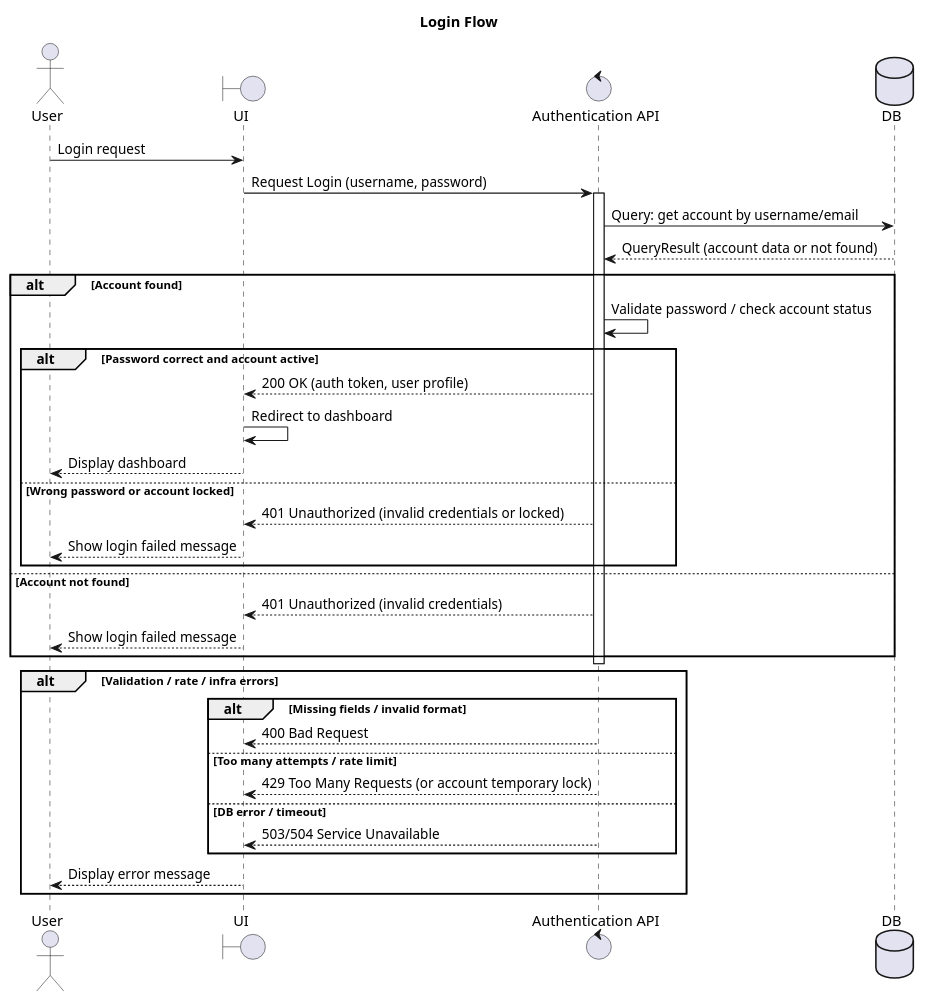
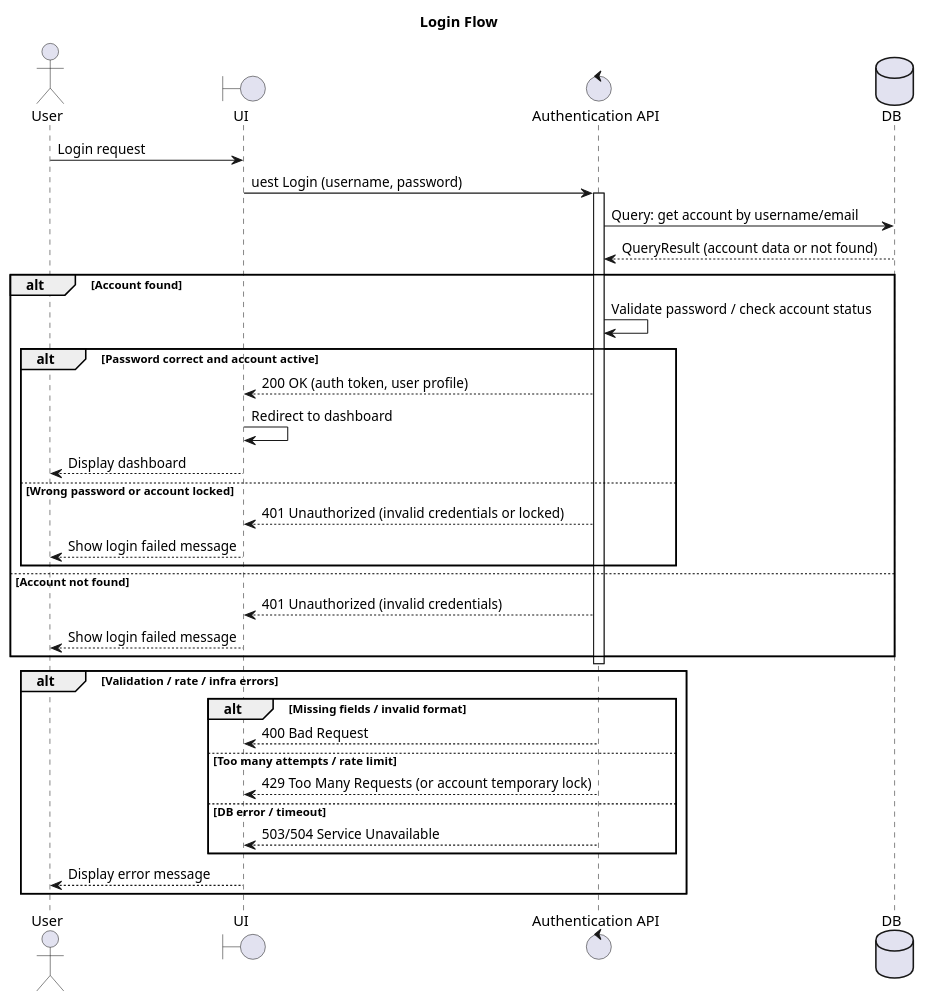
The diagram in OOP/UML/Account/Login.puml (Sagitoaz/BTL_OOP), drawn with PlantUML before and after one commit. The commit also changed 5 other files, not shown here.

```diff
--- a/OOP/UML/Account/Login.puml
+++ b/OOP/UML/Account/Login.puml
@@ -1,41 +1,41 @@
 @startuml Login Flow
 title Login Flow
 actor User
 boundary UI
 control "Authentication API" as Auth
 database DB
 
 User -> UI: Login request
-UI -> Auth: Request Login (username, password)
+UI -> Auth: uest Login (username, password)
 activate Auth
 
 Auth -> DB: Query: get account by username/email
 DB --> Auth: QueryResult (account data or not found)
 
 alt Account found
     Auth -> Auth: Validate password / check account status
     alt Password correct and account active
         Auth --> UI: 200 OK (auth token, user profile)
         UI -> UI: Redirect to dashboard
         UI --> User: Display dashboard
     else Wrong password or account locked
         Auth --> UI: 401 Unauthorized (invalid credentials or locked)
         UI --> User: Show login failed message
     end
 else Account not found
     Auth --> UI: 401 Unauthorized (invalid credentials)
     UI --> User: Show login failed message
 end
 deactivate Auth
 
 alt Validation / rate / infra errors
     alt Missing fields / invalid format
         Auth --> UI: 400 Bad Request
     else Too many attempts / rate limit
         Auth --> UI: 429 Too Many Requests (or account temporary lock)
     else DB error / timeout
         Auth --> UI: 503/504 Service Unavailable
     end
     UI --> User: Display error message
 end
 @enduml
```
